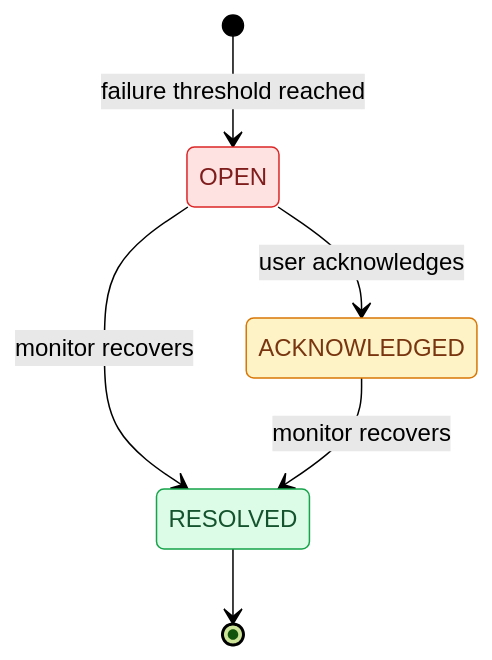
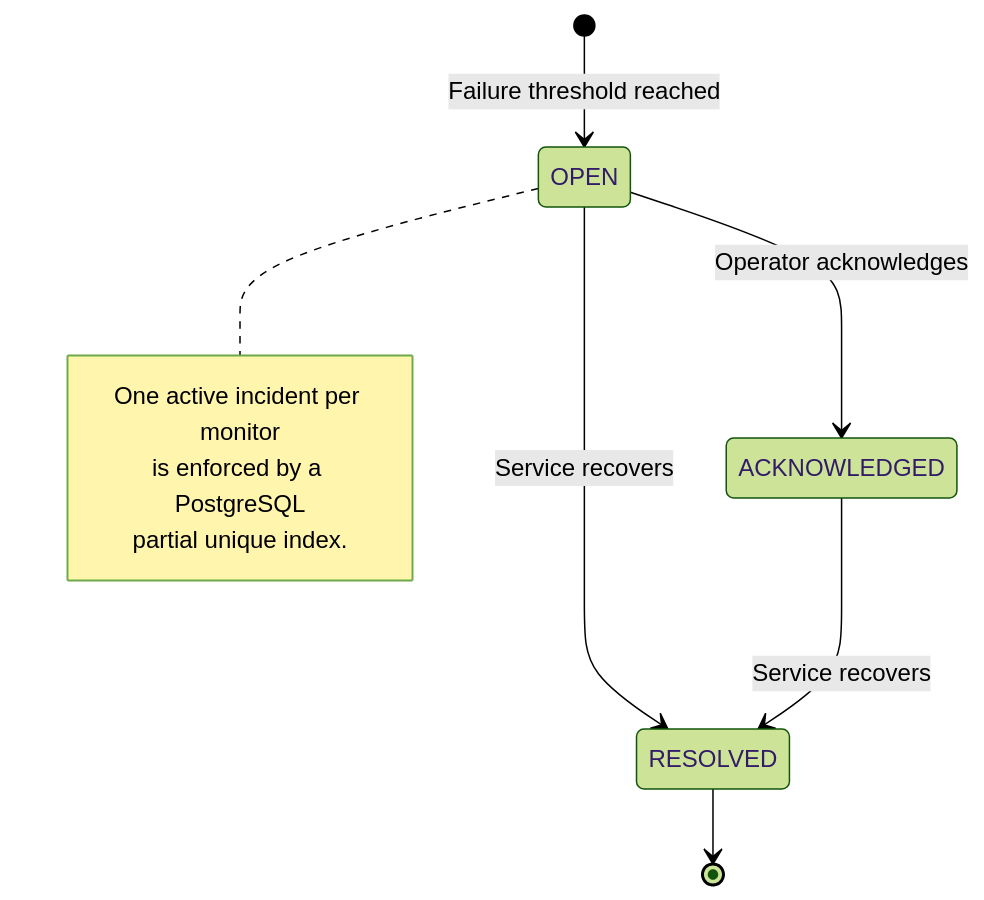
One commit to Neemasree/PULSEWATCH changed the fifth of 6 diagrams in README.md. Above: the diagram before and after it, drawn with Mermaid (forest theme). The commit also changed other lines of this file, not shown here.

````diff
--- a/README.md
+++ b/README.md
@@ -232,15 +239,14 @@
 ```mermaid
 stateDiagram-v2
-  [*] --> OPEN: failure threshold reached
-  OPEN --> ACKNOWLEDGED: user acknowledges
-  OPEN --> RESOLVED: monitor recovers
-  ACKNOWLEDGED --> RESOLVED: monitor recovers
-  RESOLVED --> [*]
+    [*] --> OPEN: Failure threshold reached
+    OPEN --> ACKNOWLEDGED: Operator acknowledges
+    OPEN --> RESOLVED: Service recovers
+    ACKNOWLEDGED --> RESOLVED: Service recovers
+    RESOLVED --> [*]
 
-  classDef open fill:#FEE2E2,stroke:#DC2626,color:#7F1D1D
-  classDef ack fill:#FEF3C7,stroke:#D97706,color:#78350F
-  classDef done fill:#DCFCE7,stroke:#16A34A,color:#14532D
-  class OPEN open
-  class ACKNOWLEDGED ack
-  class RESOLVED done
+    note right of OPEN
+      One active incident per monitor
+      is enforced by a PostgreSQL
+      partial unique index.
+    end note
 ```
````
